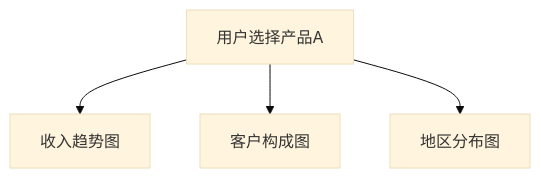
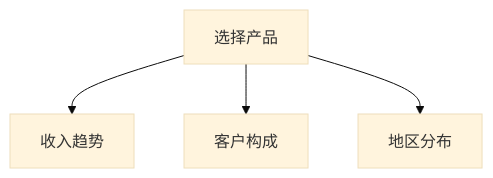
Before and after one commit to amcoimg/my-digital-garden: the third of 3 diagrams in src/site/notes/08-财务专业/财务BI看板项目/设计稿/交互设计/财务看板交互指南.md, drawn with Mermaid (base theme). The commit also changed other lines of this file, not shown here.

````diff
--- a/src/site/notes/08-财务专业/财务BI看板项目/设计稿/交互设计/财务看板交互指南.md
+++ b/src/site/notes/08-财务专业/财务BI看板项目/设计稿/交互设计/财务看板交互指南.md
@@ -166,6 +164,6 @@
 ```mermaid
 graph TD
-    A[用户选择产品A] --> B[收入趋势图]
-    A --> C[客户构成图]
-    A --> D[地区分布图]
+    A[选择产品] --> B[收入趋势]
+    A --> C[客户构成]
+    A --> D[地区分布]
 ```
````
